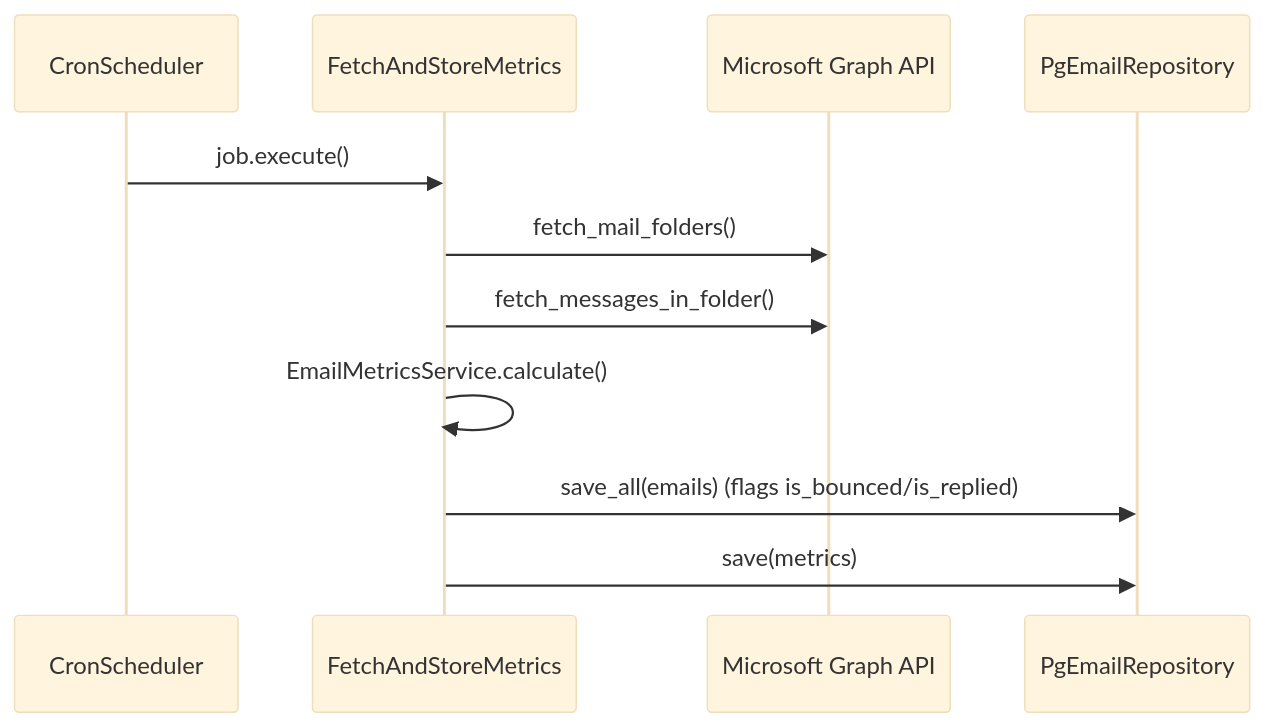
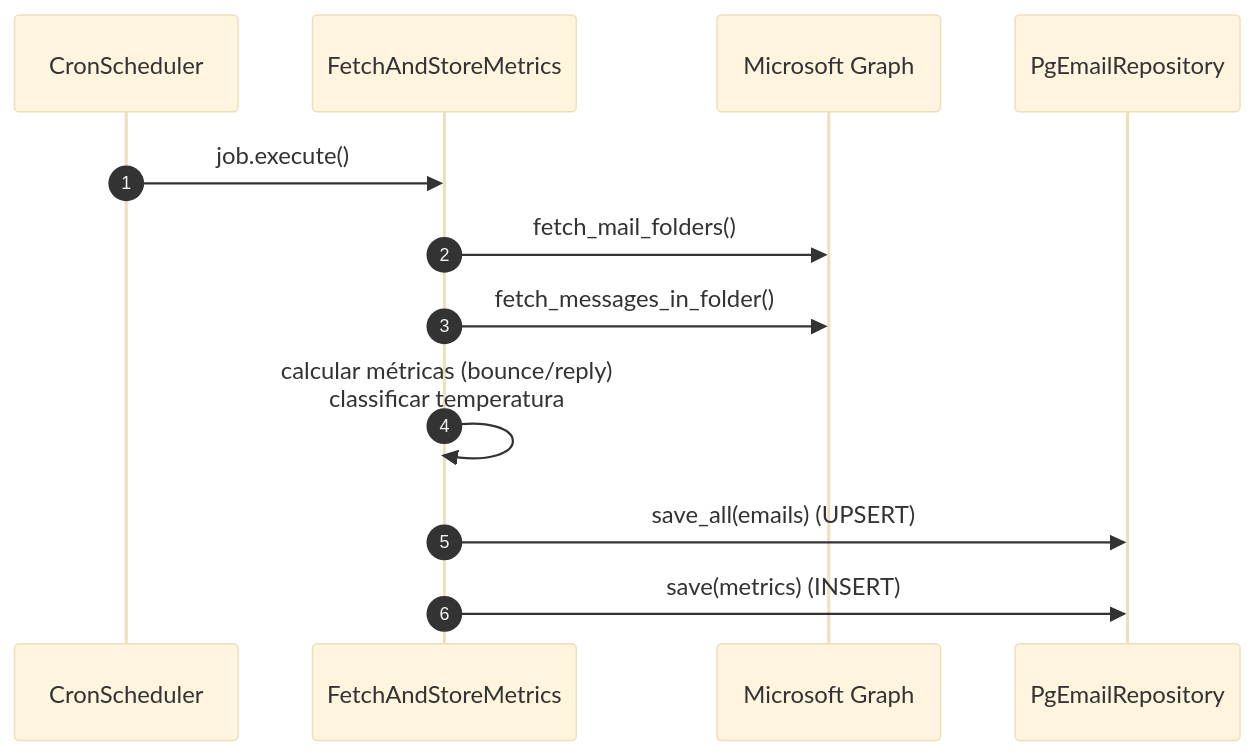
One commit to MrSchrodingers/email_monitoring changed the diagram in README.md. Above: the diagram before and after it, drawn with Mermaid (base theme). The commit also changed other lines of this file, not shown here.

`````diff
--- a/README.md
+++ b/README.md
@@ -44,13 +44,14 @@
 ```mermaid
 sequenceDiagram
+    autonumber
     participant Cron as CronScheduler
     participant UseCase as FetchAndStoreMetrics
-    participant Graph as Microsoft Graph API
+    participant Graph as Microsoft Graph
     participant Repo as PgEmailRepository
     Cron->>UseCase: job.execute()
     UseCase->>Graph: fetch_mail_folders()
     UseCase->>Graph: fetch_messages_in_folder()
-    UseCase->>UseCase: EmailMetricsService.calculate()
-    UseCase->>Repo: save_all(emails)          (flags is_bounced/is_replied)
-    UseCase->>Repo: save(metrics)
-```
+    UseCase->>UseCase: calcular métricas (bounce/reply)<br/>classificar temperatura
+    UseCase->>Repo: save_all(emails)  (UPSERT)
+    UseCase->>Repo: save(metrics)     (INSERT)
+````
`````
